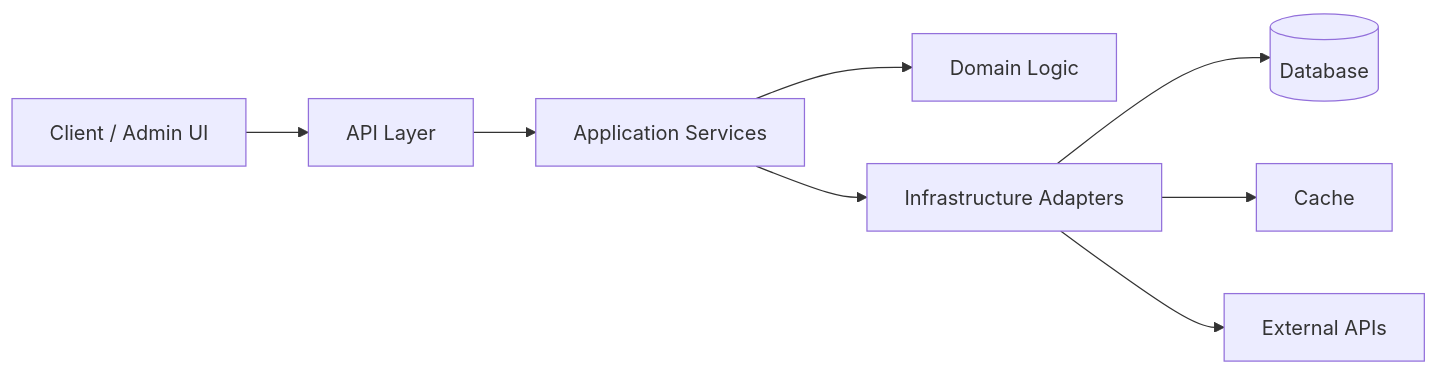
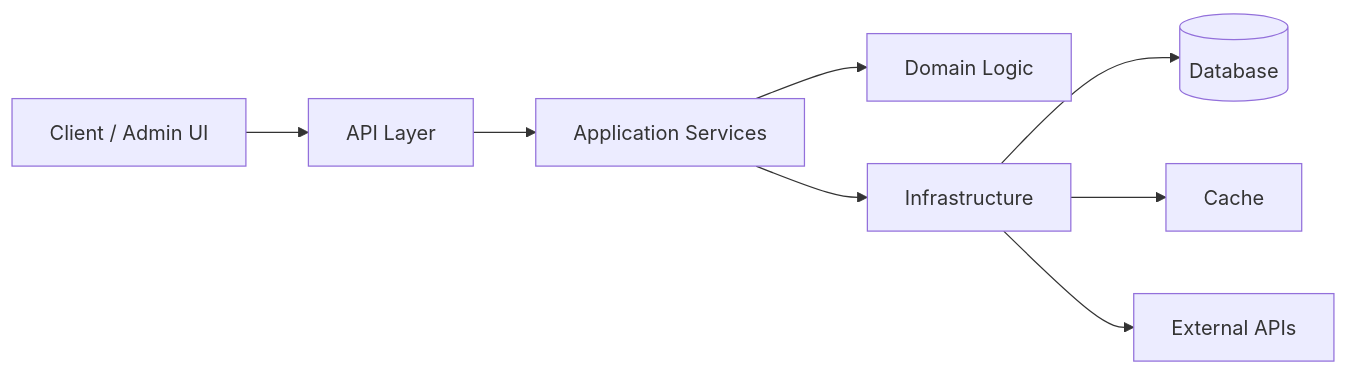
The diagram in README.md (suprun-bohdan/suprun-bohdan), drawn with Mermaid before and after one commit. The commit also changed other lines of this file, not shown here.

````diff
--- a/README.md
+++ b/README.md
@@ -98,10 +98,10 @@
 ```mermaid
 flowchart LR
-    A[Client / Admin UI] --> B[API Layer]
-    B --> C[Application Services]
-    C --> D[Domain Logic]
-    C --> E[Infrastructure Adapters]
-    E --> F[(Database)]
-    E --> G[Cache]
-    E --> H[External APIs]
+    UI[Client / Admin UI] --> API[API Layer]
+    API --> APP[Application Services]
+    APP --> DOMAIN[Domain Logic]
+    APP --> INFRA[Infrastructure]
+    INFRA --> DB[(Database)]
+    INFRA --> CACHE[Cache]
+    INFRA --> EXT[External APIs]
 ```
````
